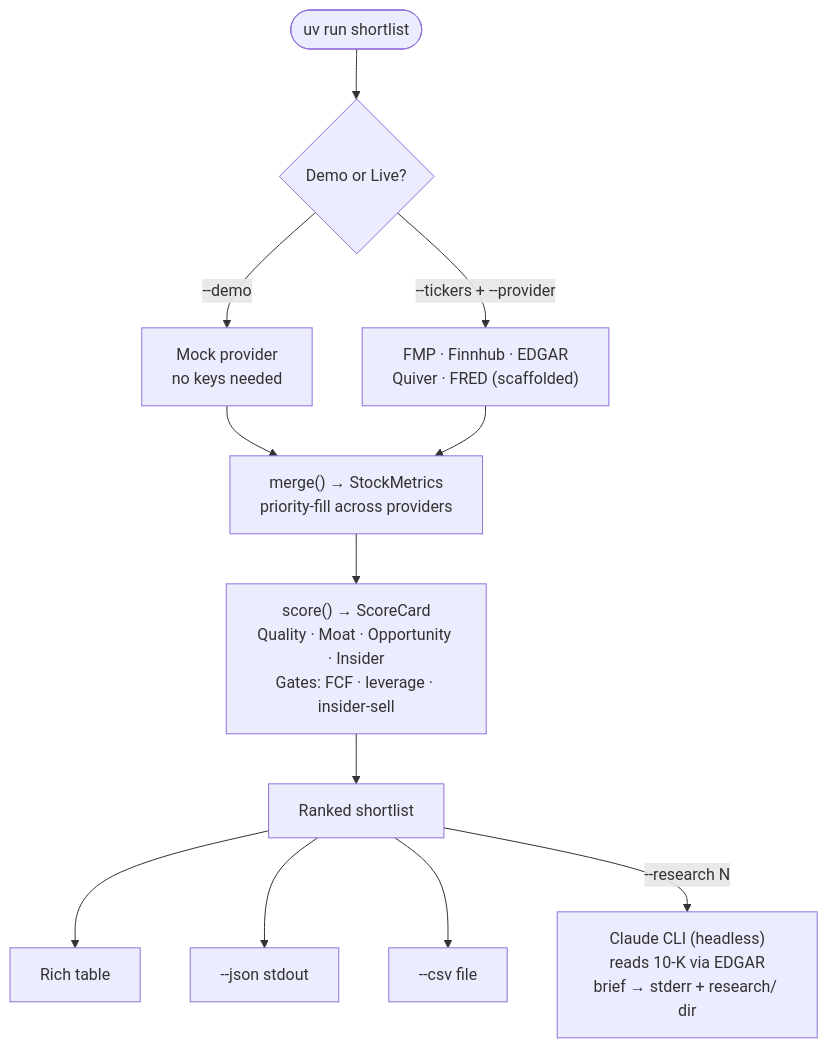
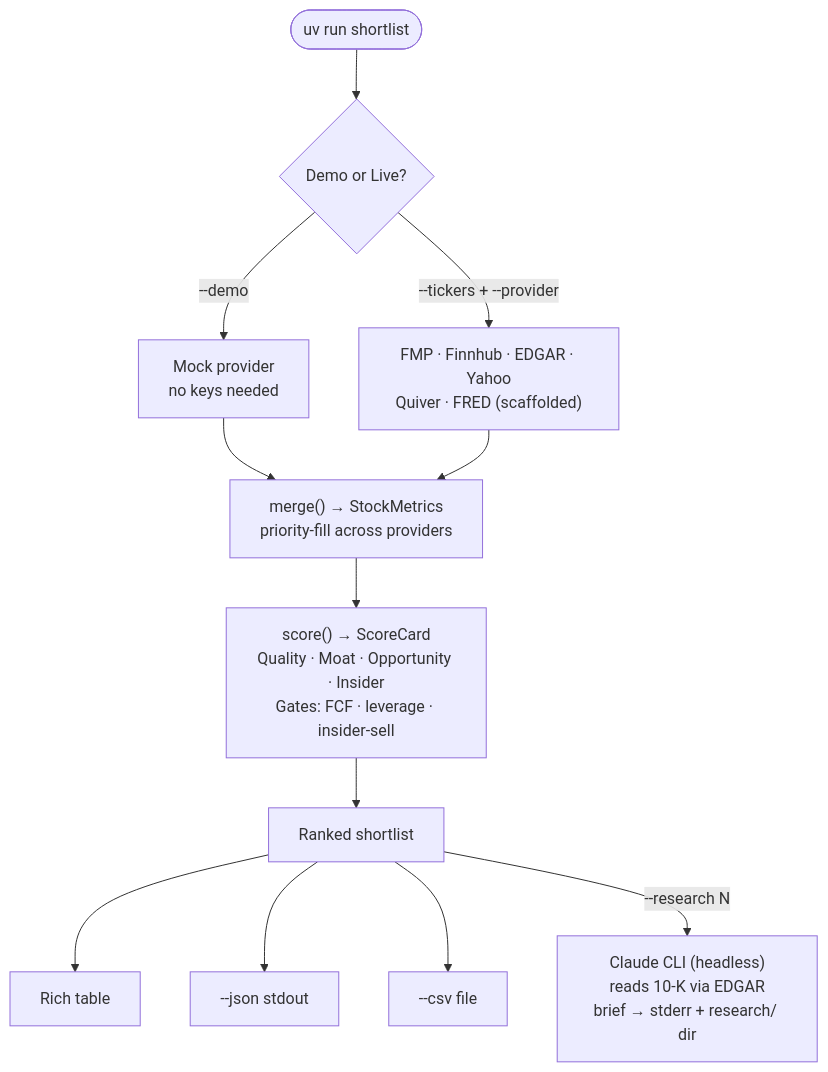
One commit to christurgeon/shortlist changed the first of 2 diagrams in README.md. Above: the diagram before and after it, drawn with Mermaid. The commit also changed other lines of this file and 22 other files, not shown here.

````diff
--- a/README.md
+++ b/README.md
@@ -14,21 +14,21 @@
 ```mermaid
 flowchart TD
     A(["uv run shortlist"])
     A --> B{Demo or Live?}
 
     B -->|"--demo"| C["Mock provider\nno keys needed"]
-    B -->|"--tickers + --provider"| D["FMP · Finnhub · EDGAR\nQuiver · FRED (scaffolded)"]
+    B -->|"--tickers + --provider"| D["FMP · Finnhub · EDGAR · Yahoo\nQuiver · FRED (scaffolded)"]
 
     C --> E["merge() → StockMetrics\npriority-fill across providers"]
     D --> E
 
     E --> F["score() → ScoreCard\nQuality · Moat · Opportunity · Insider\nGates: FCF · leverage · insider-sell"]
 
     F --> G[Ranked shortlist]
 
     G --> I[Rich table]
     G --> J["--json stdout"]
     G --> K["--csv file"]
 
     G -->|"--research N"| H["Claude CLI (headless)\nreads 10-K via EDGAR\nbrief → stderr + research/ dir"]
 ```
````
